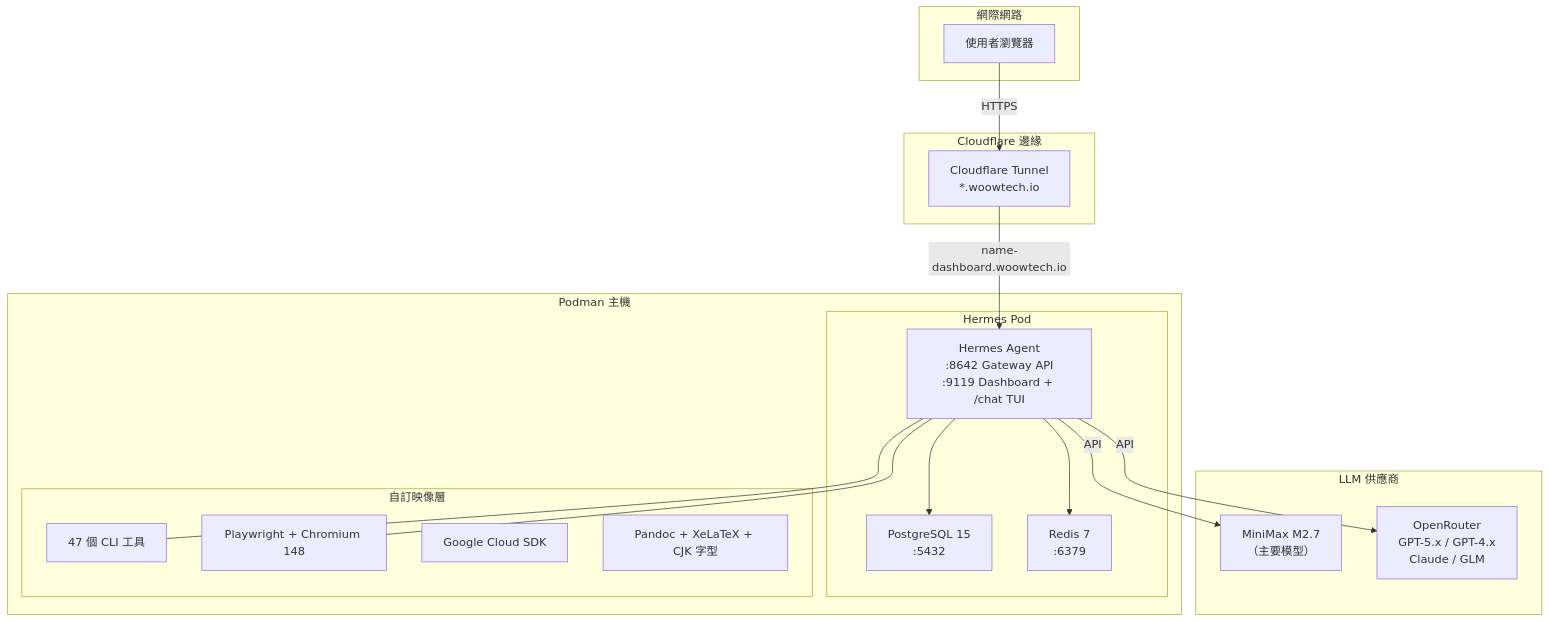
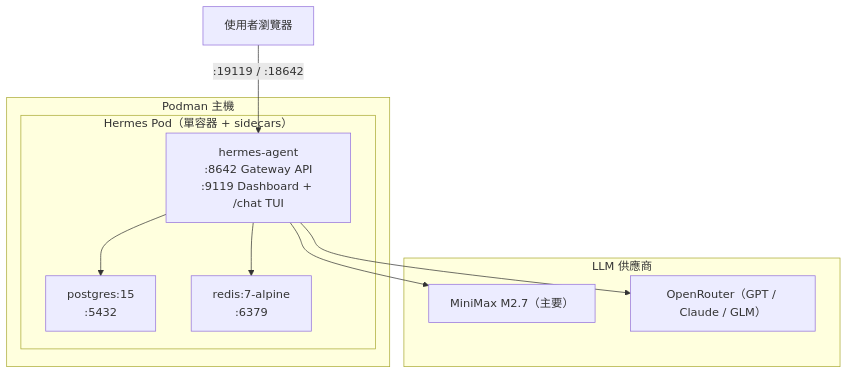
The diagram in README_zh-TW.md (WOOWTECH/Woow_podman_hermes), drawn with Mermaid before and after one commit. The commit also changed other lines of this file and 1 other file, not shown here.

````diff
--- a/README_zh-TW.md
+++ b/README_zh-TW.md
@@ -106,39 +128,23 @@
 ```mermaid
 graph TB
-    subgraph Internet["網際網路"]
-        User["使用者瀏覽器"]
-    end
+    User["使用者瀏覽器"]
 
-    subgraph CF["Cloudflare 邊緣"]
-        Tunnel["Cloudflare Tunnel<br/>*.woowtech.io"]
-    end
-
-    subgraph Cluster["Podman 主機"]
-        subgraph Pod["Hermes Pod"]
-            Agent["Hermes Agent<br/>:8642 Gateway API<br/>:9119 Dashboard + /chat TUI"]
-            PG["PostgreSQL 15<br/>:5432"]
-            Redis["Redis 7<br/>:6379"]
-        end
-
-        subgraph Custom["自訂映像層"]
-            CLI["47 個 CLI 工具"]
-            PW["Playwright + Chromium 148"]
-            GC["Google Cloud SDK"]
-            Content["Pandoc + XeLaTeX + CJK 字型"]
+    subgraph Host["Podman 主機"]
+        subgraph Pod["Hermes Pod（單容器 + sidecars）"]
+            Agent["hermes-agent<br/>:8642 Gateway API<br/>:9119 Dashboard + /chat TUI"]
+            PG["postgres:15<br/>:5432"]
+            Redis["redis:7-alpine<br/>:6379"]
         end
     end
 
     subgraph LLM["LLM 供應商"]
-        MM["MiniMax M2.7<br/>（主要模型）"]
-        OR["OpenRouter<br/>GPT-5.x / GPT-4.x<br/>Claude / GLM"]
+        MM["MiniMax M2.7（主要）"]
+        OR["OpenRouter（GPT / Claude / GLM）"]
     end
 
-    User -->|HTTPS| Tunnel
-    Tunnel -->|"name-dashboard.woowtech.io"| Agent
+    User -->|":19119 / :18642"| Agent
     Agent --> PG
     Agent --> Redis
-    Agent -->|API| MM
-    Agent -->|API| OR
-    Agent --- CLI
-    Agent --- PW
+    Agent --> MM
+    Agent --> OR
 ```
````
